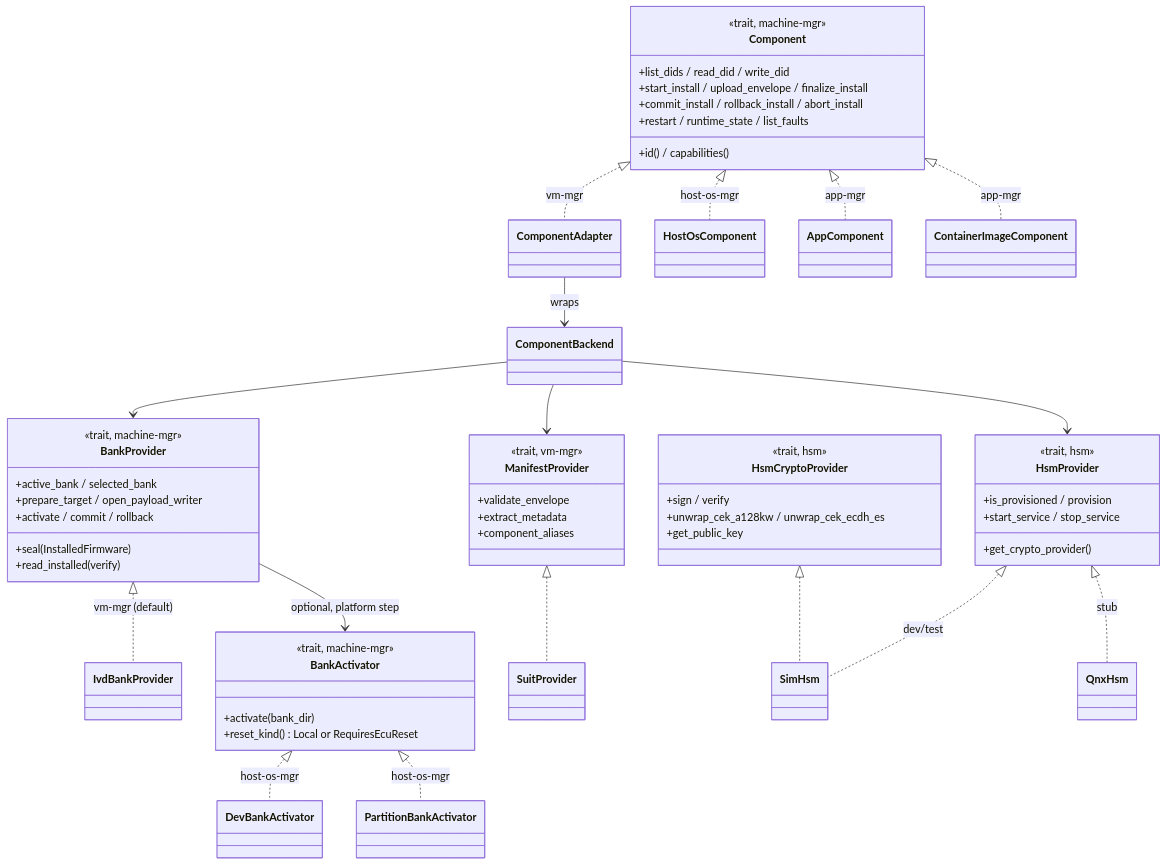
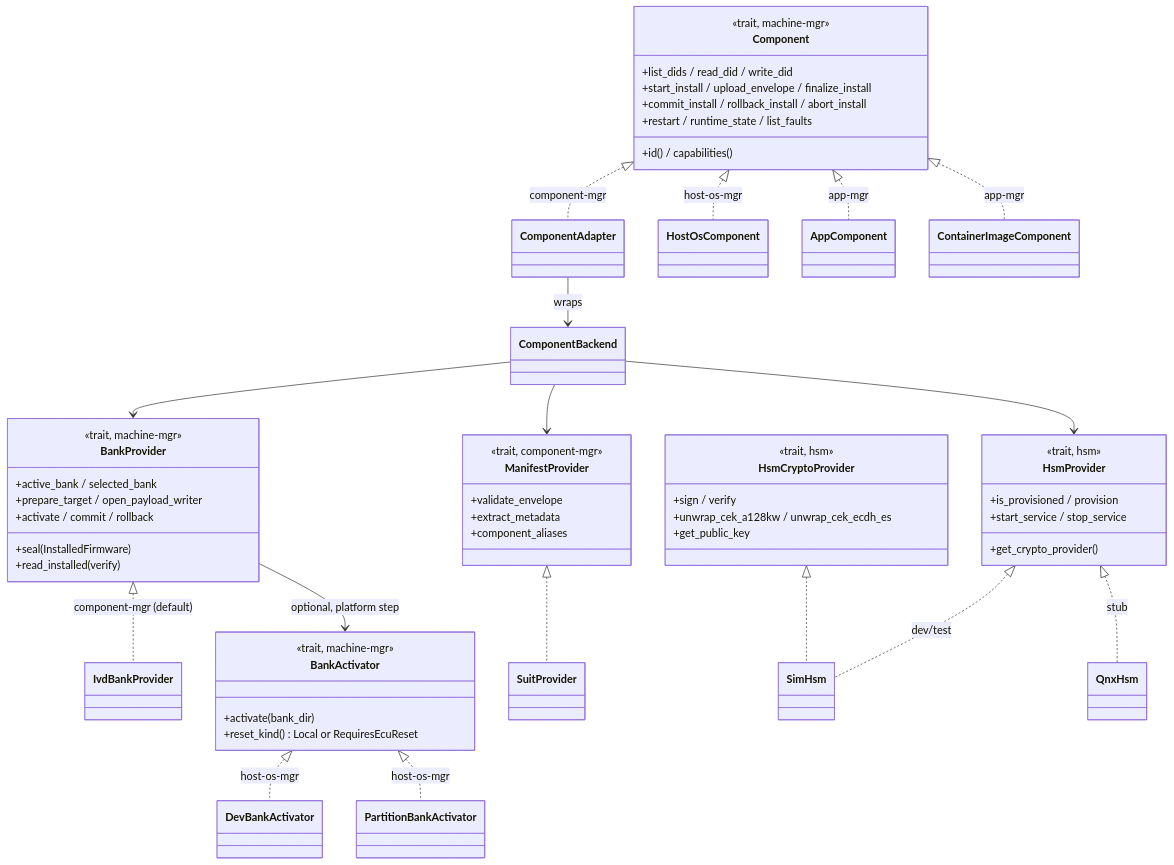
Before and after one commit to sdv-playground/sumo-machine-manager: the second of 5 diagrams in ARCHITECTURE.md, drawn with Mermaid. The commit also changed other lines of this file and 30 other files, not shown here.

First line of the commit message:
refactor(docs): vm-mgr -> component-mgr crate references

````diff
--- a/ARCHITECTURE.md
+++ b/ARCHITECTURE.md
@@ -83,58 +83,58 @@
 ```mermaid
 classDiagram
     class Component {
         <<trait, machine-mgr>>
         +id() / capabilities()
         +list_dids / read_did / write_did
         +start_install / upload_envelope / finalize_install
         +commit_install / rollback_install / abort_install
         +restart / runtime_state / list_faults
     }
     class BankProvider {
         <<trait, machine-mgr>>
         +active_bank / selected_bank
         +prepare_target / open_payload_writer
         +seal(InstalledFirmware)
         +read_installed (verify)
         +activate / commit / rollback
     }
     class BankActivator {
         <<trait, machine-mgr>>
         +activate(bank_dir)
         +reset_kind() Local or RequiresEcuReset
     }
     class HsmProvider {
         <<trait, hsm>>
         +is_provisioned / provision
         +start_service / stop_service
         +get_crypto_provider()
     }
     class HsmCryptoProvider {
         <<trait, hsm>>
         +sign / verify
         +unwrap_cek_a128kw / unwrap_cek_ecdh_es
         +get_public_key
     }
     class ManifestProvider {
-        <<trait, vm-mgr>>
+        <<trait, component-mgr>>
         +validate_envelope
         +extract_metadata
         +component_aliases
     }
-    Component <|.. ComponentAdapter : vm-mgr
+    Component <|.. ComponentAdapter : component-mgr
     Component <|.. HostOsComponent : host-os-mgr
     Component <|.. AppComponent : app-mgr
     Component <|.. ContainerImageComponent : app-mgr
     ComponentAdapter --> ComponentBackend : wraps
     ComponentBackend --> BankProvider
     ComponentBackend --> ManifestProvider
     ComponentBackend --> HsmProvider
-    BankProvider <|.. IvdBankProvider : vm-mgr (default)
+    BankProvider <|.. IvdBankProvider : component-mgr (default)
     BankProvider --> BankActivator : optional, platform step
     BankActivator <|.. DevBankActivator : host-os-mgr
     BankActivator <|.. PartitionBankActivator : host-os-mgr
     HsmProvider <|.. SimHsm : dev/test
     HsmProvider <|.. QnxHsm : stub
     HsmCryptoProvider <|.. SimHsm
     ManifestProvider <|.. SuitProvider
 ```
````
